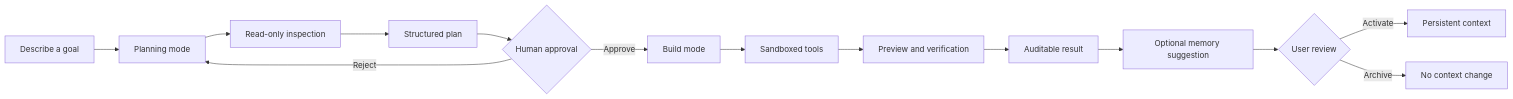
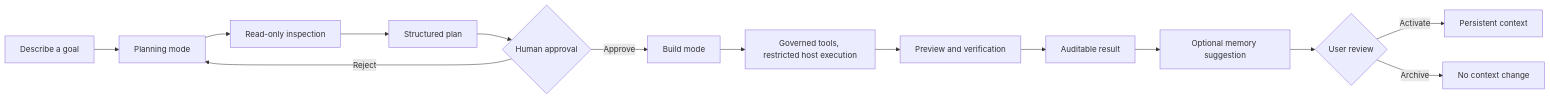
The diagram in README.md (lahkiri/xeo-forge), drawn with Mermaid before and after one commit. The commit also changed other lines of this file and 16 other files, not shown here.

````diff
--- a/README.md
+++ b/README.md
@@ -88,16 +109,16 @@
 ```mermaid
 flowchart LR
     A[Describe a goal] --> B[Planning mode]
     B --> C[Read-only inspection]
     C --> D[Structured plan]
     D --> E{Human approval}
     E -- Reject --> B
     E -- Approve --> F[Build mode]
-    F --> G[Sandboxed tools]
+    F --> G[Governed tools, restricted host execution]
     G --> H[Preview and verification]
     H --> I[Auditable result]
     I --> J[Optional memory suggestion]
     J --> K{User review}
     K -- Activate --> L[Persistent context]
     K -- Archive --> M[No context change]
 ```
````
